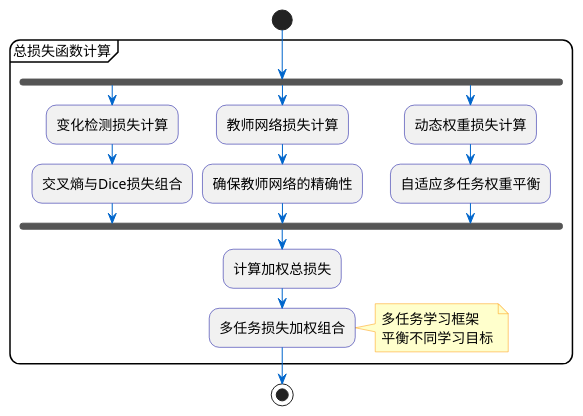
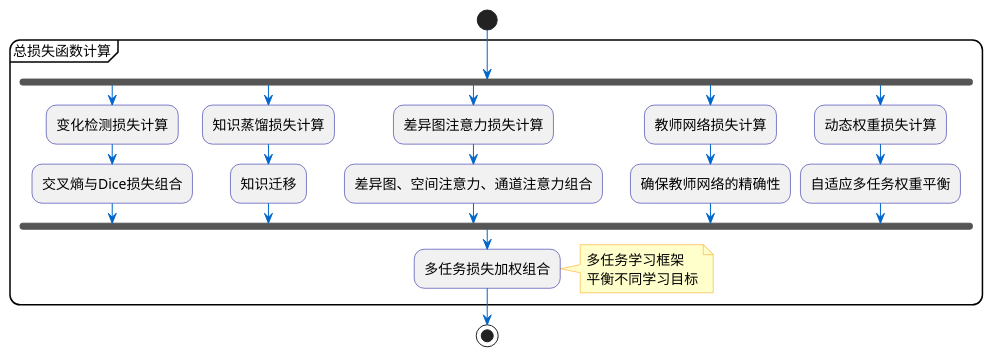
The diagram in doc/image/在线蒸馏/在线蒸馏-总损失函数计算.puml (Mriris/HeteroCD-GOLD), drawn with PlantUML before and after one commit. The commit also changed 7 other files, not shown here.

Commit message:
流程图模块化

```diff
--- a/doc/image/在线蒸馏/在线蒸馏-总损失函数计算.puml
+++ b/doc/image/在线蒸馏/在线蒸馏-总损失函数计算.puml
@@ -1,31 +1,36 @@
 @startuml 在线蒸馏-总损失函数计算
 skinparam backgroundColor white
 skinparam roundcorner 20
 skinparam ArrowColor #0066CC
 skinparam ActivityBorderColor #000099
 skinparam ActivityFontSize 14
 skinparam noteBorderColor #FF9900
 skinparam noteFontSize 14
 skinparam noteBackgroundColor #FFFFCC
 
 start
 
 partition "总损失函数计算" {
   fork
     :变化检测损失计算;
     :交叉熵与Dice损失组合;
   fork again
+    :知识蒸馏损失计算;
+    :知识迁移;
+  fork again
+    :差异图注意力损失计算;
+    :差异图、空间注意力、通道注意力组合;
+  fork again
     :教师网络损失计算;
     :确保教师网络的精确性;
   fork again
     :动态权重损失计算;
     :自适应多任务权重平衡;
   end fork
   
-  :计算加权总损失;
   :多任务损失加权组合;
 }
 note right: 多任务学习框架\n平衡不同学习目标
 
 stop
 @enduml 
```
